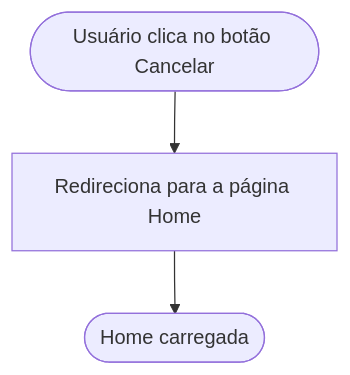
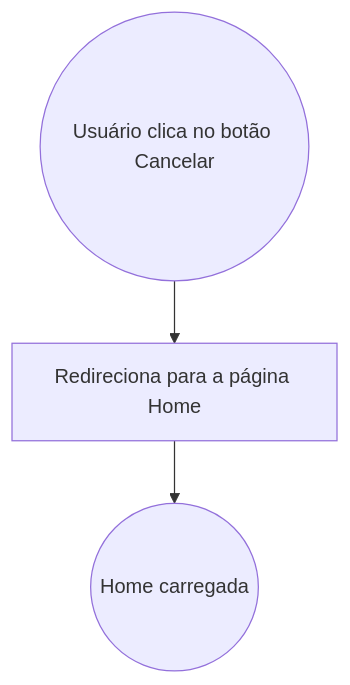
Before and after one commit to AsaphMoraes/AnotaAqui: the ninth of 14 diagrams in CONTEXT.md, drawn with Mermaid. The commit also changed other lines of this file, not shown here.

````diff
--- a/CONTEXT.md
+++ b/CONTEXT.md
@@ -228,5 +237,5 @@
 ```mermaid
 flowchart TB
-    A([Usuário clica no botão Cancelar]) --> B[Redireciona para a página Home]
-    B --> C([Home carregada])
+    A((Usuário clica no botão Cancelar)) --> B[Redireciona para a página Home]
+    B --> C((Home carregada))
 ```
````
